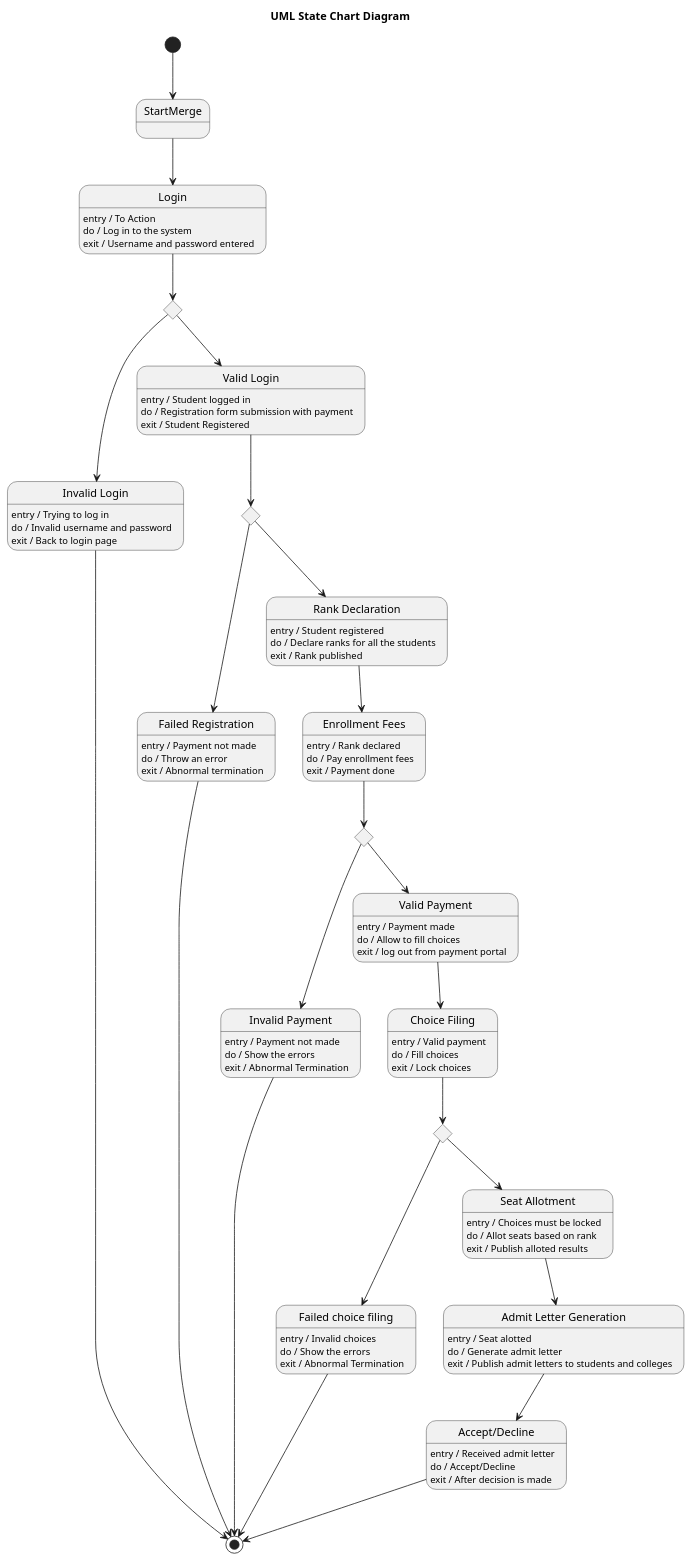
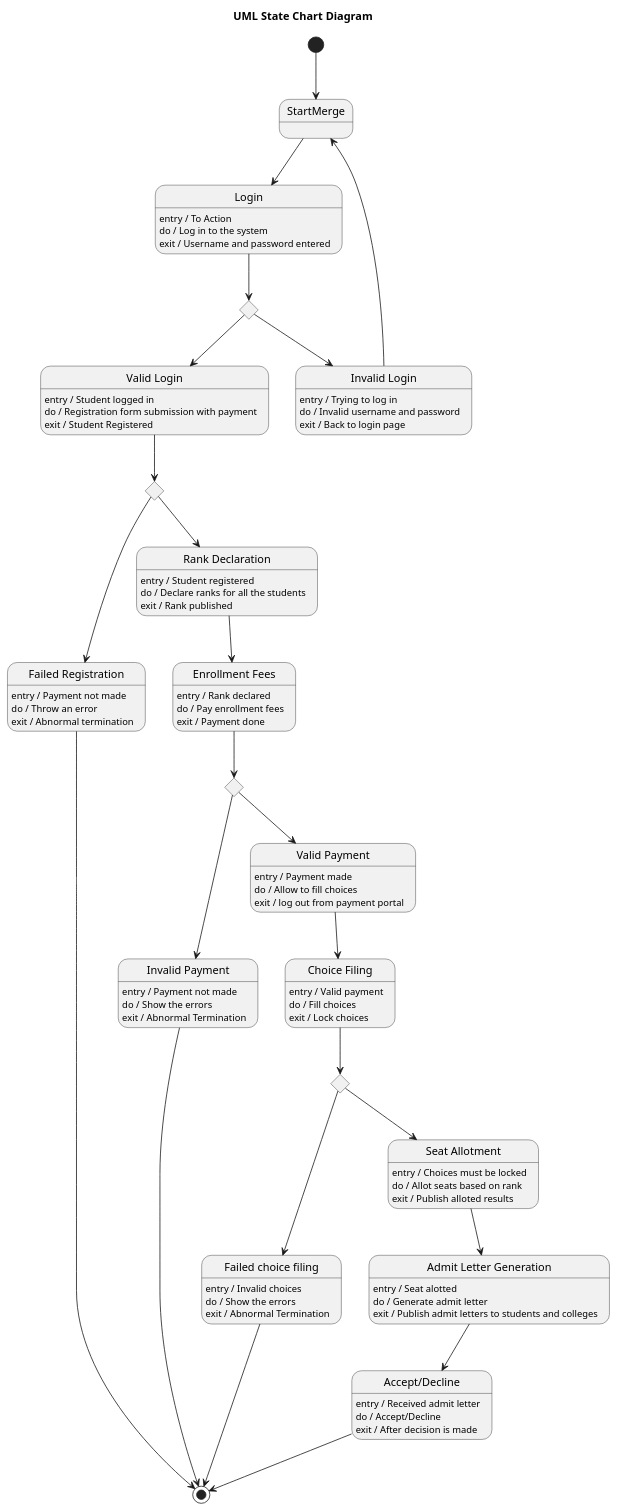
One commit to maimunafaria/State_transition_Diagram_generated_by_LLM changed the diagram in dataset/case_28_student_counselling_management_system/diagram.puml. Above: the diagram before and after it, drawn with PlantUML. The commit also changed 21 other files, not shown here.

```diff
--- a/dataset/case_28_student_counselling_management_system/diagram.puml
+++ b/dataset/case_28_student_counselling_management_system/diagram.puml
@@ -1,105 +1,105 @@
 @startuml
 title UML State Chart Diagram
 
 [*] --> StartMerge
 
 state StartMerge <<choice>>
 state Login
 state LoginDecision <<choice>>
 state "Invalid Login" as InvalidLogin
 state "Valid Login" as ValidLogin
 state RegistrationDecision <<choice>>
 state "Failed Registration" as FailedRegistration
 state "Rank Declaration" as RankDeclaration
 state "Enrollment Fees" as EnrollmentFees
 state PaymentDecision <<choice>>
 state "Invalid Payment" as InvalidPayment
 state "Valid Payment" as ValidPayment
 state "Choice Filing" as ChoiceFiling
 state ChoiceDecision <<choice>>
 state "Failed choice filing" as FailedChoiceFiling
 state "Seat Allotment" as SeatAllotment
 state "Admit Letter Generation" as AdmitLetterGeneration
 state "Accept/Decline" as AcceptDecline
 
 Login : entry / To Action
 Login : do / Log in to the system
 Login : exit / Username and password entered
 
 InvalidLogin : entry / Trying to log in
 InvalidLogin : do / Invalid username and password
 InvalidLogin : exit / Back to login page
 
 ValidLogin : entry / Student logged in
 ValidLogin : do / Registration form submission with payment
 ValidLogin : exit / Student Registered
 
 FailedRegistration : entry / Payment not made
 FailedRegistration : do / Throw an error
 FailedRegistration : exit / Abnormal termination
 
 RankDeclaration : entry / Student registered
 RankDeclaration : do / Declare ranks for all the students
 RankDeclaration : exit / Rank published
 
 EnrollmentFees : entry / Rank declared
 EnrollmentFees : do / Pay enrollment fees
 EnrollmentFees : exit / Payment done
 
 InvalidPayment : entry / Payment not made
 InvalidPayment : do / Show the errors
 InvalidPayment : exit / Abnormal Termination
 
 ValidPayment : entry / Payment made
 ValidPayment : do / Allow to fill choices
 ValidPayment : exit / log out from payment portal
 
 ChoiceFiling : entry / Valid payment
 ChoiceFiling : do / Fill choices
 ChoiceFiling : exit / Lock choices
 
 FailedChoiceFiling : entry / Invalid choices
 FailedChoiceFiling : do / Show the errors
 FailedChoiceFiling : exit / Abnormal Termination
 
 SeatAllotment : entry / Choices must be locked
 SeatAllotment : do / Allot seats based on rank
 SeatAllotment : exit / Publish alloted results
 
 AdmitLetterGeneration : entry / Seat alotted
 AdmitLetterGeneration : do / Generate admit letter
 AdmitLetterGeneration : exit / Publish admit letters to students and colleges
 
 AcceptDecline : entry / Received admit letter
 AcceptDecline : do / Accept/Decline
 AcceptDecline : exit / After decision is made
 
 StartMerge --> Login
 Login --> LoginDecision
 LoginDecision --> InvalidLogin
 LoginDecision --> ValidLogin
+InvalidLogin --> StartMerge
 
 ValidLogin --> RegistrationDecision
 RegistrationDecision --> FailedRegistration
 RegistrationDecision --> RankDeclaration
 
 RankDeclaration --> EnrollmentFees
 EnrollmentFees --> PaymentDecision
 PaymentDecision --> InvalidPayment
 PaymentDecision --> ValidPayment
 
 ValidPayment --> ChoiceFiling
 ChoiceFiling --> ChoiceDecision
 ChoiceDecision --> FailedChoiceFiling
 ChoiceDecision --> SeatAllotment
 
 SeatAllotment --> AdmitLetterGeneration
 AdmitLetterGeneration --> AcceptDecline
 AcceptDecline --> [*]
 
-InvalidLogin --> [*]
 FailedRegistration --> [*]
 InvalidPayment --> [*]
 FailedChoiceFiling --> [*]
 
 @enduml
```
